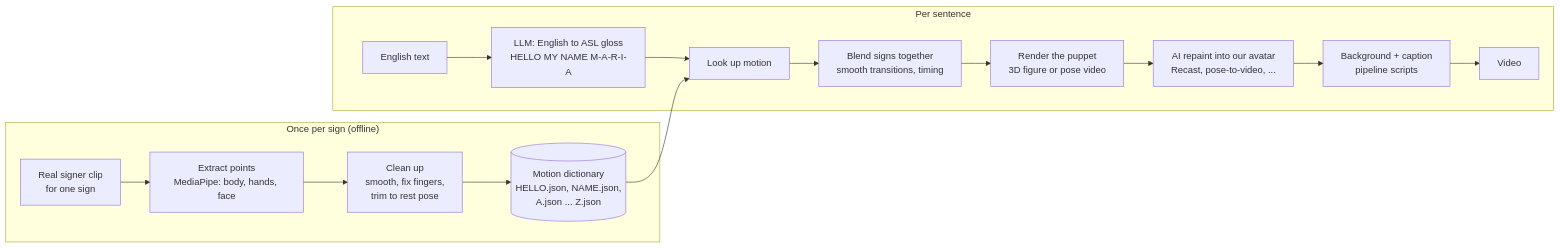
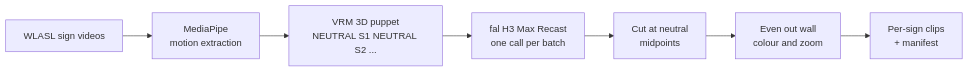
One commit to LedionBrati/sign-avatar-b-puppet changed the third of 3 diagrams in README.md. Above: the diagram before and after it, drawn with Mermaid. The commit also changed other lines of this file, not shown here.

````diff
--- a/README.md
+++ b/README.md
@@ -187,18 +69,9 @@
 ```mermaid
 flowchart LR
-  subgraph Once["Once per sign (offline)"]
-    R[Real signer clip<br/>for one sign] --> X[Extract points<br/>MediaPipe: body, hands, face]
-    X --> F[Clean up<br/>smooth, fix fingers,<br/>trim to rest pose]
-    F --> M[(Motion dictionary<br/>HELLO.json, NAME.json,<br/>A.json ... Z.json)]
-  end
-  subgraph Per["Per sentence"]
-    T[English text] --> G[LLM: English to ASL gloss<br/>HELLO MY NAME M-A-R-I-A]
-    G --> L[Look up motion]
-    M --> L
-    L --> B[Blend signs together<br/>smooth transitions, timing]
-    B --> P[Render the puppet<br/>3D figure or pose video]
-    P --> RP[AI repaint into our avatar<br/>Recast, pose-to-video, ...]
-    RP --> C[Background + caption<br/>pipeline scripts]
-    C --> V[Video]
-  end
+  A[WLASL sign videos] --> B[MediaPipe<br/>motion extraction]
+  B --> C[VRM 3D puppet<br/>NEUTRAL S1 NEUTRAL S2 ...]
+  C --> D[fal H3 Max Recast<br/>one call per batch]
+  D --> E[Cut at neutral<br/>midpoints]
+  E --> F[Even out wall<br/>colour and zoom]
+  F --> G[Per-sign clips<br/>+ manifest]
 ```
````
